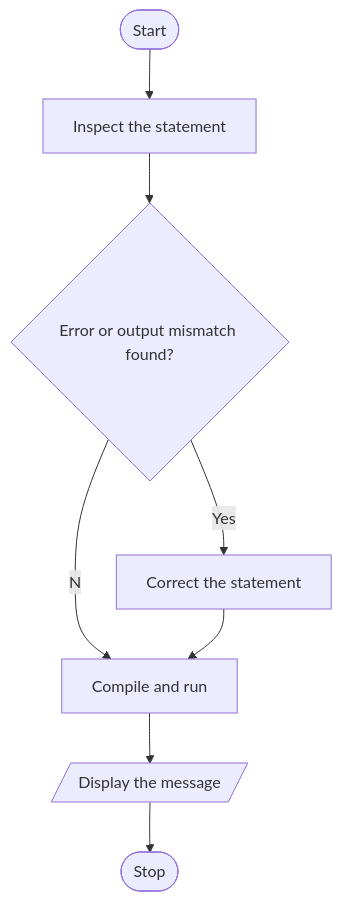
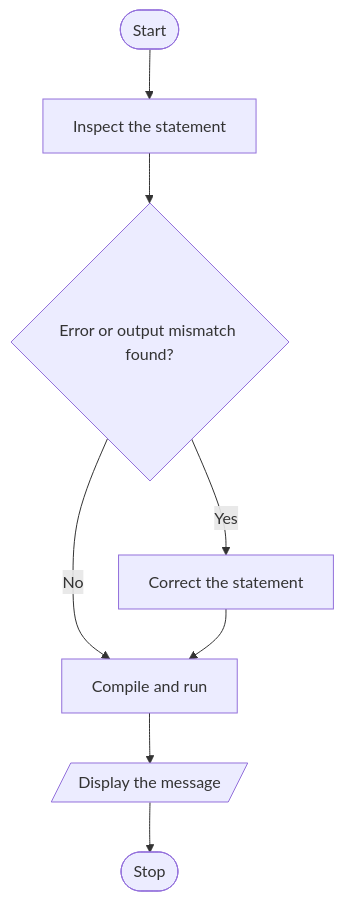
Before and after one commit to ed-w58/wix1002-tutorial-2026-s1: the fourth of 8 diagrams in tutorial-02/answers.md, drawn with Mermaid. The commit also changed other lines of this file, not shown here.

````diff
--- a/tutorial-02/answers.md
+++ b/tutorial-02/answers.md
@@ -127,10 +127,10 @@
 ```mermaid
 flowchart TD
     A([Start]) --> B["Inspect the statement"]
     B --> C{"Error or output mismatch found?"}
-    C --Yes--> D["Correct the statement"]
-    C --No--> E["Compile and run"]
+    C -- Yes --> D["Correct the statement"]
+    C -- No --> E["Compile and run"]
     D --> E
     E --> F[/"Display the message"/]
     F --> G([Stop])
 ```
````
